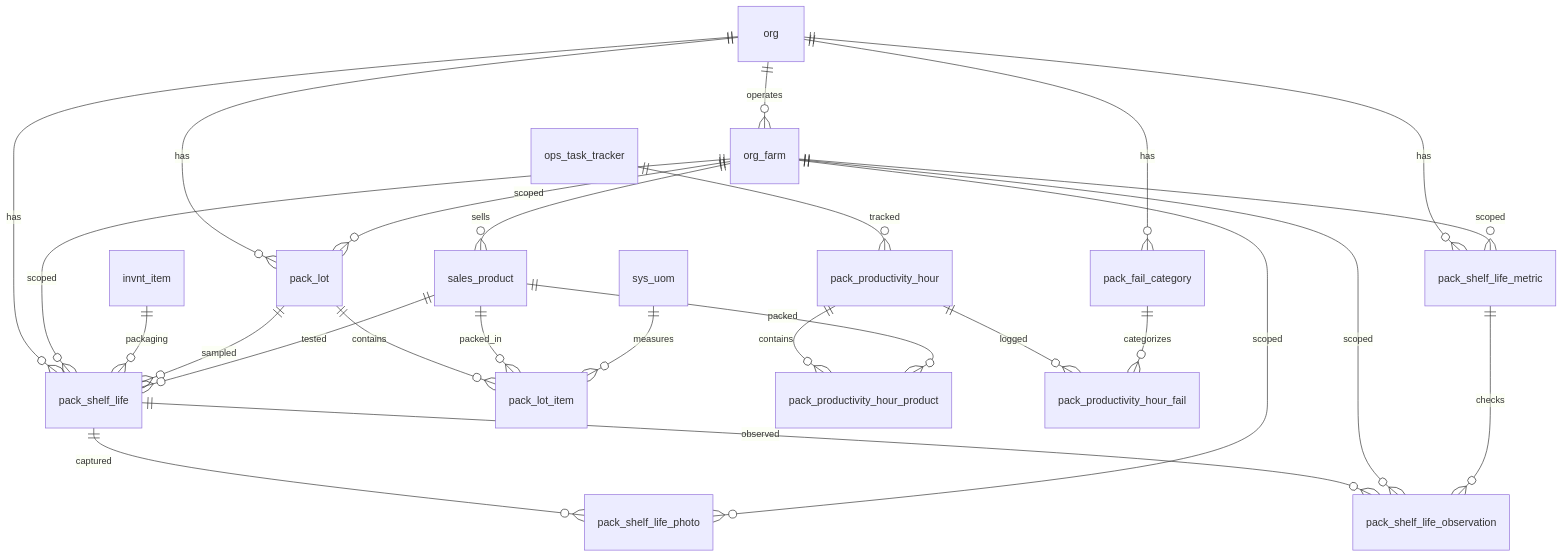
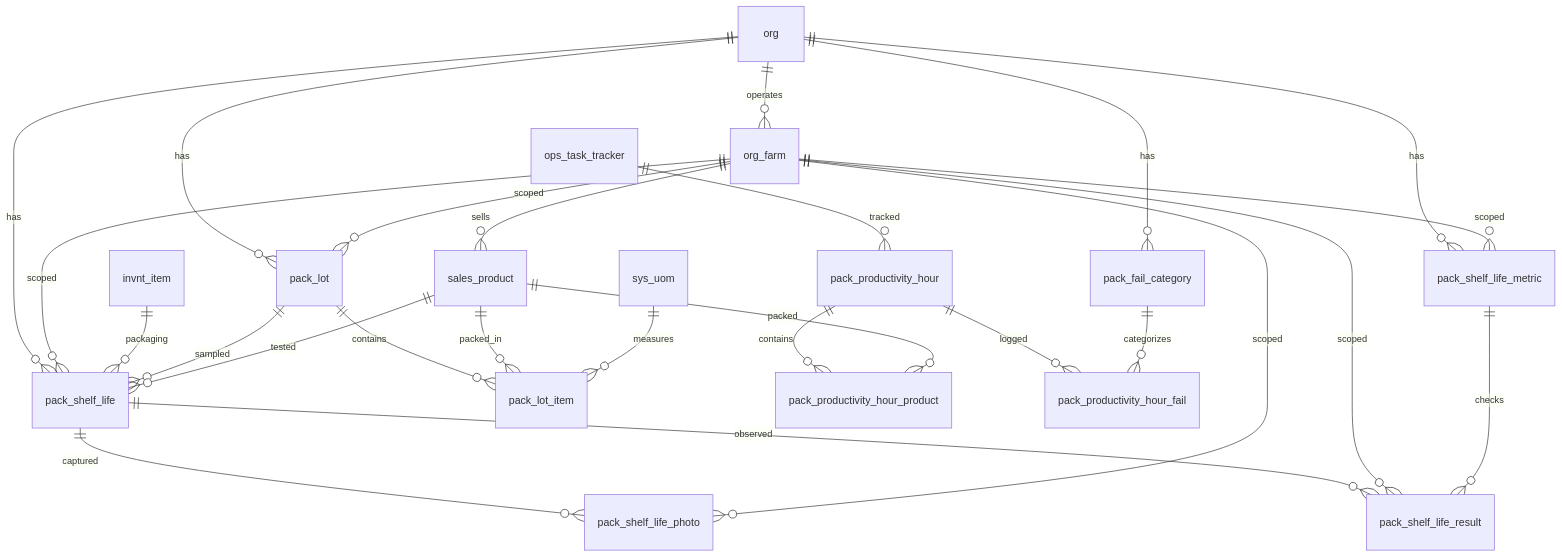
One commit to Hawaii-Farming/aloha-app changed the diagram in docs/schemas/20260327_07_pack.md. Above: the diagram before and after it, drawn with Mermaid. The commit also changed other lines of this file and 16 other files, not shown here.

First line of the commit message:
Rename observation/reading/inspection tables to result pattern

````diff
--- a/docs/schemas/20260327_07_pack.md
+++ b/docs/schemas/20260327_07_pack.md
@@ -11,29 +11,29 @@
 ```mermaid
 erDiagram
     org ||--o{ org_farm : operates
     org ||--o{ pack_lot : has
     org ||--o{ pack_shelf_life_metric : has
     org ||--o{ pack_shelf_life : has
     org_farm ||--o{ sales_product : sells
     org_farm ||--o{ pack_lot : scoped
     pack_lot ||--o{ pack_lot_item : contains
     sales_product ||--o{ pack_lot_item : packed_in
     sys_uom ||--o{ pack_lot_item : measures
 
     org_farm ||--o{ pack_shelf_life_metric : scoped
     org_farm ||--o{ pack_shelf_life : scoped
     invnt_item ||--o{ pack_shelf_life : packaging
     pack_lot ||--o{ pack_shelf_life : sampled
     sales_product ||--o{ pack_shelf_life : tested
-    pack_shelf_life ||--o{ pack_shelf_life_observation : observed
-    org_farm ||--o{ pack_shelf_life_observation : scoped
-    pack_shelf_life_metric ||--o{ pack_shelf_life_observation : checks
+    pack_shelf_life ||--o{ pack_shelf_life_result : observed
+    org_farm ||--o{ pack_shelf_life_result : scoped
+    pack_shelf_life_metric ||--o{ pack_shelf_life_result : checks
     pack_shelf_life ||--o{ pack_shelf_life_photo : captured
     org_farm ||--o{ pack_shelf_life_photo : scoped
     org ||--o{ pack_fail_category : has
     ops_task_tracker ||--o{ pack_productivity_hour : tracked
     pack_productivity_hour ||--o{ pack_productivity_hour_product : contains
     pack_productivity_hour ||--o{ pack_productivity_hour_fail : logged
     sales_product ||--o{ pack_productivity_hour_product : packed
     pack_fail_category ||--o{ pack_productivity_hour_fail : categorizes
 ```
````
